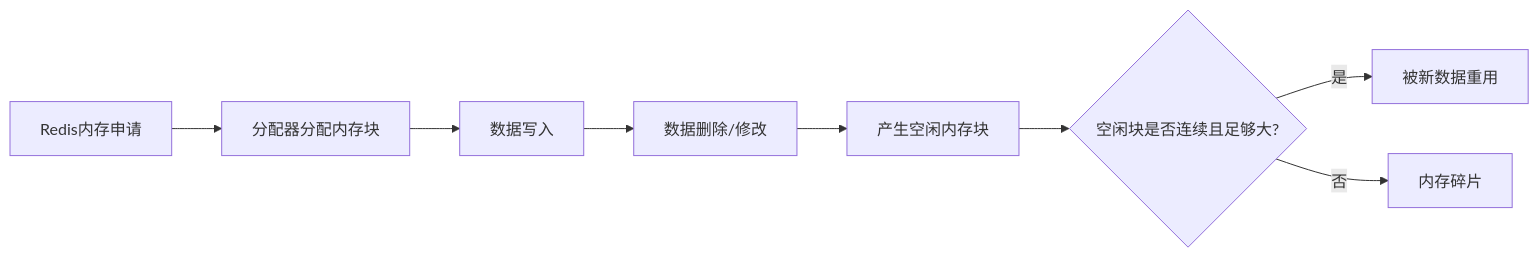
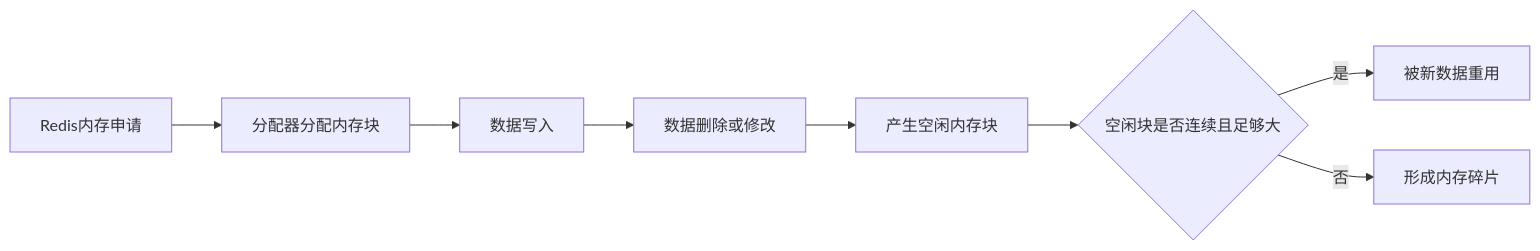
One commit to zxNchuPG/zxNchuPG.github.io changed the second of 3 diagrams in _posts/2024-07-14-redis汇总.markdown. Above: the diagram before and after it, drawn with Mermaid. The commit also changed other lines of this file and 2 other files, not shown here.

````diff
--- a/_posts/2024-07-14-redis汇总.markdown
+++ b/_posts/2024-07-14-redis汇总.markdown
@@ -406,10 +464,10 @@
 ```mermaid
 graph LR
     A[Redis内存申请] --> B[分配器分配内存块]
     B --> C[数据写入]
-    C --> D[数据删除/修改]
+    C --> D[数据删除或修改]
     D --> E[产生空闲内存块]
-    E --> F{空闲块是否连续且足够大?}
+    E --> F{空闲块是否连续且足够大}
     F -- 是 --> G[被新数据重用]
-    F -- 否 --> H[内存碎片]
+    F -- 否 --> H[形成内存碎片]
 ```
````
